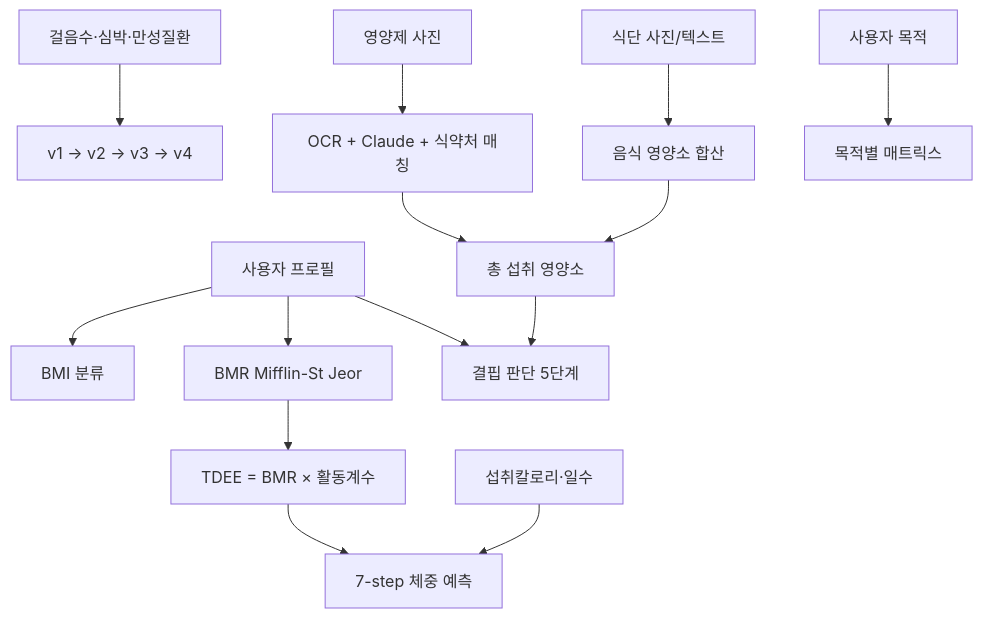
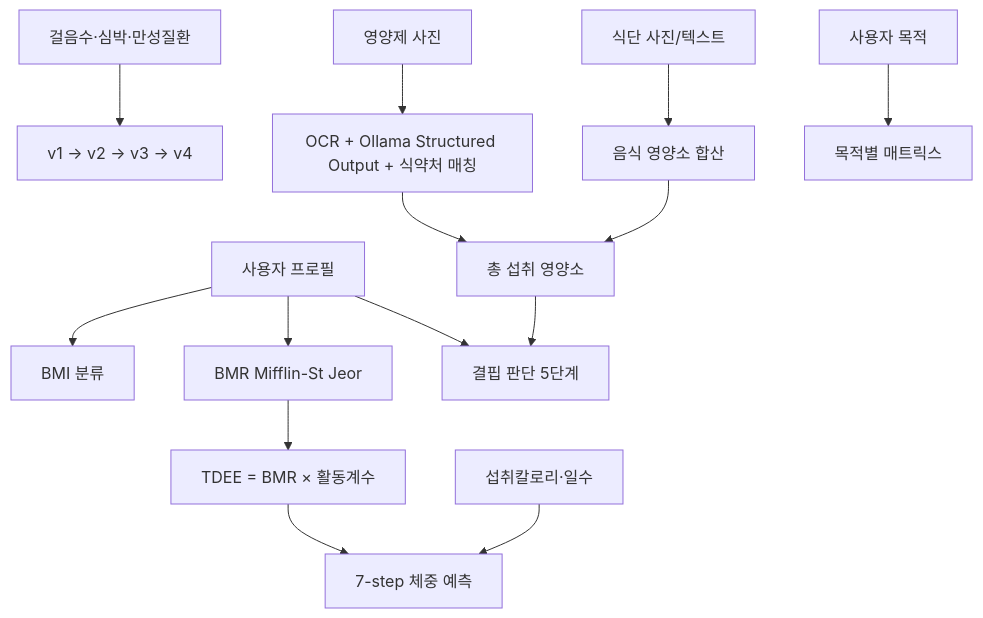
Before and after one commit to Lemon-Aid-KDT/Lemon-sin: the fifth of 12 diagrams in 03_lemon_healthcare/yeong-Vision-Nutrition/PROJECT_GUIDE.md, drawn with Mermaid. The commit also changed other lines of this file and 9 other files, not shown here.

````diff
--- a/03_lemon_healthcare/yeong-Vision-Nutrition/PROJECT_GUIDE.md
+++ b/03_lemon_healthcare/yeong-Vision-Nutrition/PROJECT_GUIDE.md
@@ -687,19 +710,19 @@
 ```mermaid
 flowchart TB
     P[사용자 프로필] --> BMI[BMI 분류]
     P --> BMR[BMR Mifflin-St Jeor]
     BMR --> TDEE[TDEE = BMR × 활동계수]
     INTAKE[섭취칼로리·일수] --> WP[7-step 체중 예측]
     TDEE --> WP
 
     STEP[걸음수·심박·만성질환] --> V[v1 → v2 → v3 → v4]
 
-    SUP[영양제 사진] --> OCR[OCR + Claude + 식약처 매칭]
+    SUP[영양제 사진] --> OCR[OCR + Ollama Structured Output + 식약처 매칭]
     MEAL[식단 사진/텍스트] --> NM[음식 영양소 합산]
     OCR --> SUM[총 섭취 영양소]
     NM --> SUM
     SUM --> DEF[결핍 판단 5단계]
     P --> DEF
 
     GOAL[사용자 목적] --> GM[목적별 매트릭스]
 ```
````
